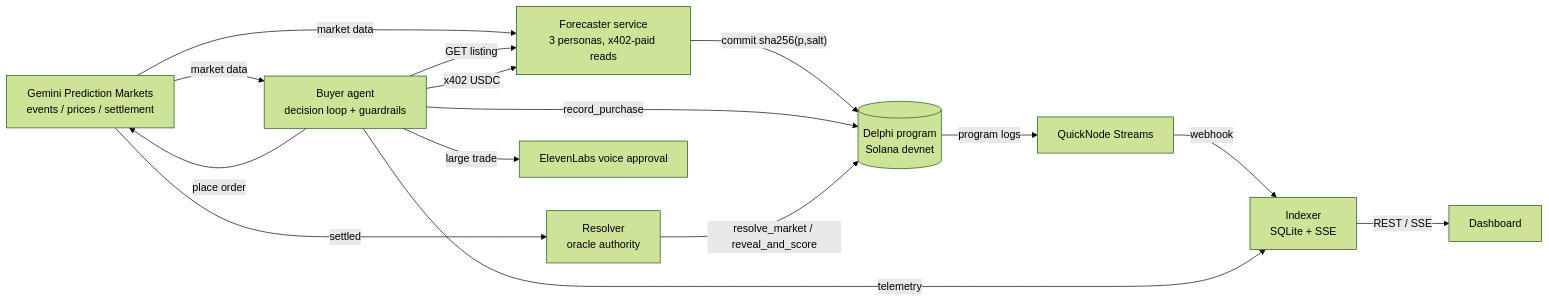
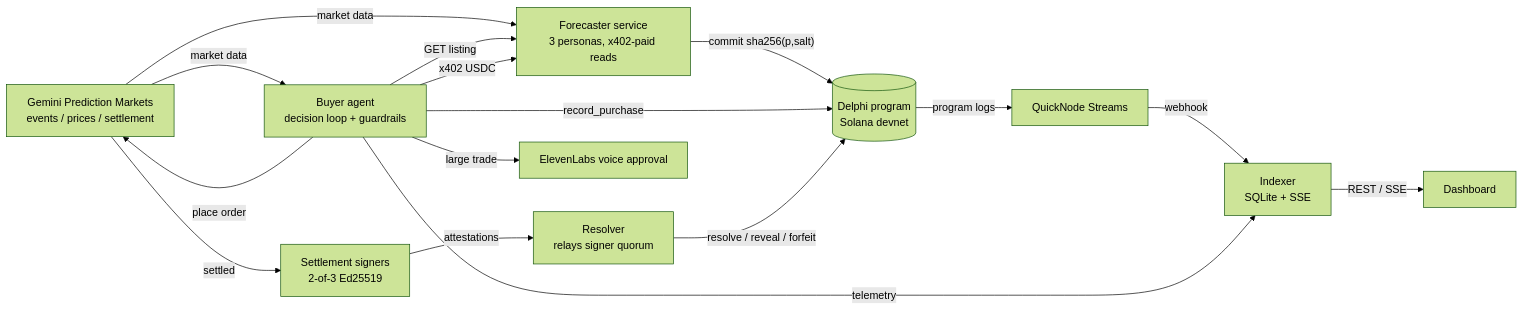
One commit to nijirom/delphi changed the diagram in docs/architecture.md. Above: the diagram before and after it, drawn with Mermaid (forest theme). The commit also changed other lines of this file and 85 other files, not shown here.

````diff
--- a/docs/architecture.md
+++ b/docs/architecture.md
@@ -9,27 +9,29 @@
 ```mermaid
 flowchart LR
   G[Gemini Prediction Markets<br/>events / prices / settlement]
   F[Forecaster service<br/>3 personas, x402-paid reads]
   P[(Delphi program<br/>Solana devnet)]
   B[Buyer agent<br/>decision loop + guardrails]
-  R[Resolver<br/>oracle authority]
+  R[Resolver<br/>relays signer quorum]
+  Q[Settlement signers<br/>2-of-3 Ed25519]
   S[QuickNode Streams]
   I[Indexer<br/>SQLite + SSE]
   W[Dashboard]
   V[ElevenLabs voice approval]
 
   G -- market data --> F
   F -- commit sha256(p,salt) --> P
   B -- GET listing --> F
   B -- x402 USDC --> F
   B -- record_purchase --> P
   G -- market data --> B
   B -- place order --> G
   B -- large trade --> V
-  G -- settled --> R
-  R -- resolve_market / reveal_and_score --> P
+  G -- settled --> Q
+  Q -- attestations --> R
+  R -- resolve / reveal / forfeit --> P
   P -- program logs --> S
   S -- webhook --> I
   B -- telemetry --> I
   I -- REST / SSE --> W
 ```
````
